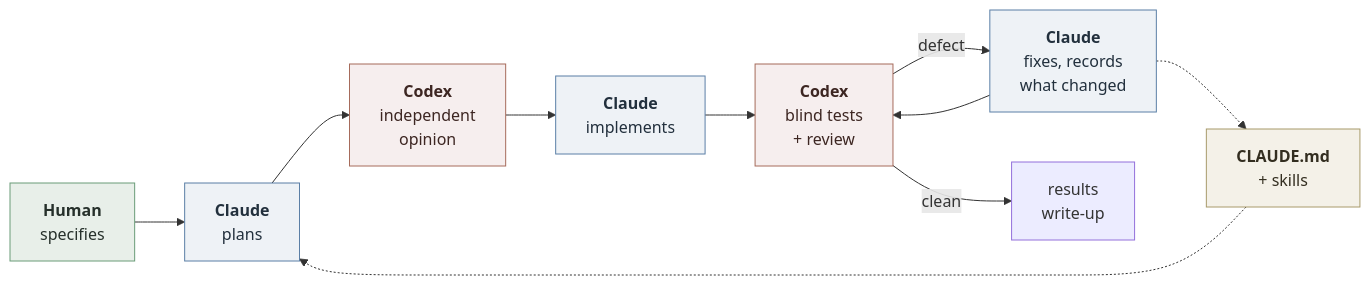
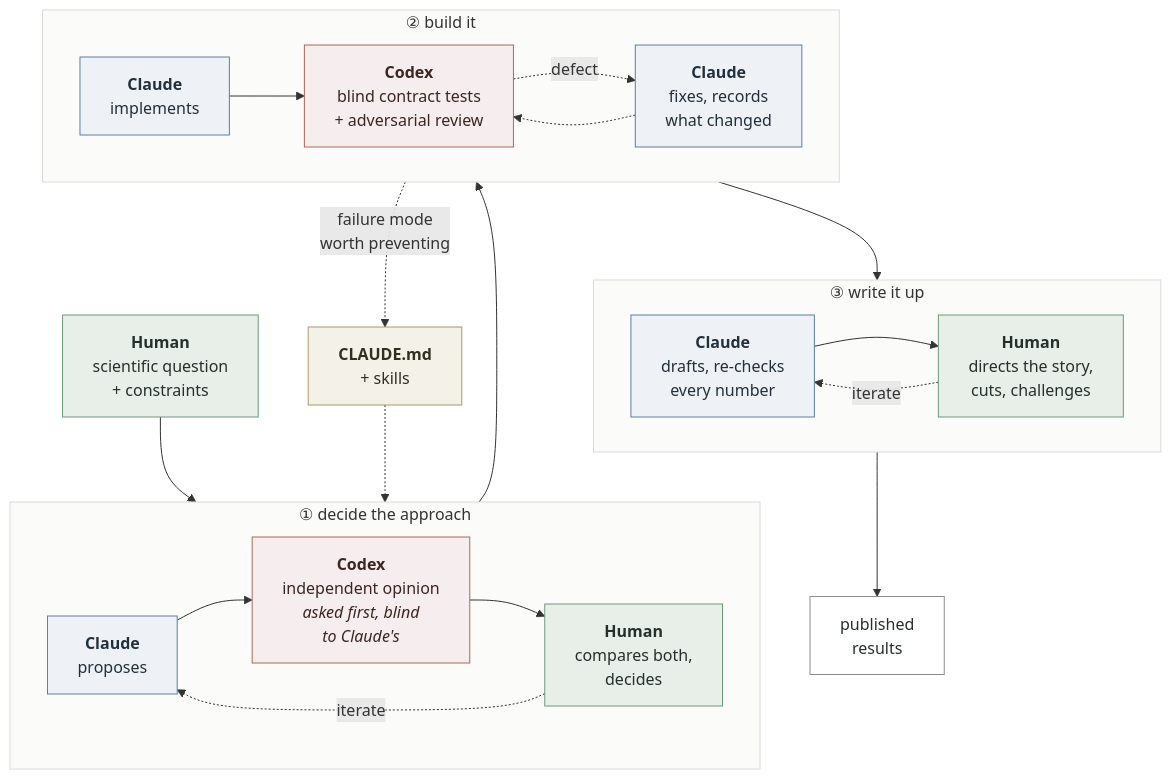
The diagram in README.md (prakritipaul/dopa-differentiation-efficiency), drawn with Mermaid before and after one commit. The commit also changed other lines of this file, not shown here.

Commit message:
Restore the human decision step, and show the write-up loop
Flattening the diagram last commit dropped the node where the human compares
Claude's plan against Codex's independent opinion and decides between them.
That step is the reason two agents are worth running at all, so losing it
lost the argument. Restored, with the iterate edge back to the proposal.

Adds the third phase the diagram never had: the write-up is a loop, not an
output. Claude drafts and re-checks every number against the result files;
the human directs the through-line, cuts, and challenges claims that outrun
the evidence; repeat. The prose now says so too.

The diagram is validated, not assumed: rendered with mermaid-cli and
inspected. Two layout bugs were visible only by looking at the picture --
linking subgraph-to-subgraph gave the layout engine nothing to rank by, so
the phases came out ordered right-to-left, and a left-to-right arrangement
produced a 5:1 aspect that GitHub would shrink back to unreadable. Phases now
stack top to bottom and each reads in order, at a width that renders inside
GitHub's column at natural size.

Claude-Session: https://claude.ai/code/session_01HjWdV3EjupBNQ9ccefB2zu

````diff
--- a/README.md
+++ b/README.md
@@ -29,21 +29,45 @@
 ```mermaid
-flowchart LR
-    SPEC["<b>Human</b><br/>specifies"] --> PLAN["<b>Claude</b><br/>plans"]
-    PLAN --> OPIN["<b>Codex</b><br/>independent<br/>opinion"]
-    OPIN --> IMPL["<b>Claude</b><br/>implements"]
-    IMPL --> CHECK["<b>Codex</b><br/>blind tests<br/>+ review"]
-    CHECK -- defect --> FIX["<b>Claude</b><br/>fixes, records<br/>what changed"]
-    FIX --> CHECK
-    CHECK -- clean --> OUT["results<br/>write-up"]
-    FIX -.-> RULES["<b>CLAUDE.md</b><br/>+ skills"]
+flowchart TB
+    SPEC["<b>Human</b><br/>scientific question<br/>+ constraints"]
+
+    subgraph D["① decide the approach"]
+        direction LR
+        PLAN["<b>Claude</b><br/>proposes"] --> OPIN["<b>Codex</b><br/>independent opinion<br/><i>asked first, blind<br/>to Claude's</i>"]
+        OPIN --> CMP["<b>Human</b><br/>compares both,<br/>decides"]
+        CMP -. iterate .-> PLAN
+    end
+
+    subgraph B["② build it"]
+        direction LR
+        IMPL["<b>Claude</b><br/>implements"] --> CHECK["<b>Codex</b><br/>blind contract tests<br/>+ adversarial review"]
+        CHECK -. defect .-> FIX["<b>Claude</b><br/>fixes, records<br/>what changed"]
+        FIX -.-> CHECK
+    end
+
+    subgraph W["③ write it up"]
+        direction LR
+        DRAFT["<b>Claude</b><br/>drafts, re-checks<br/>every number"] --> EDIT["<b>Human</b><br/>directs the story,<br/>cuts, challenges"]
+        EDIT -. iterate .-> DRAFT
+    end
+
+    SPEC --> PLAN
+    CMP --> IMPL
+    CHECK --> DRAFT
+    EDIT --> OUT["published<br/>results"]
+    FIX -.->|"failure mode<br/>worth preventing"| RULES["<b>CLAUDE.md</b><br/>+ skills"]
     RULES -.-> PLAN
 
     classDef h fill:#e8efe9,stroke:#6a9c78,color:#26302b
     classDef c fill:#eef2f6,stroke:#5b7fa6,color:#22303d
     classDef x fill:#f6eeee,stroke:#a66b5b,color:#3d2622
     classDef r fill:#f4f1e8,stroke:#a89a6b,color:#332e20
-    class SPEC h
-    class PLAN,IMPL,FIX c
+    classDef o fill:#ffffff,stroke:#8a8f8c,color:#26302b
+    class SPEC,CMP,EDIT h
+    class PLAN,IMPL,FIX,DRAFT c
     class OPIN,CHECK x
     class RULES r
+    class OUT o
+    style D fill:#fbfbf9,stroke:#d8dcd9
+    style B fill:#fbfbf9,stroke:#d8dcd9
+    style W fill:#fbfbf9,stroke:#d8dcd9
 ```
````
